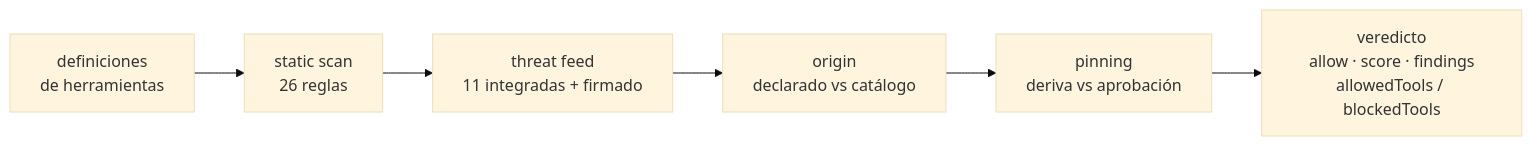
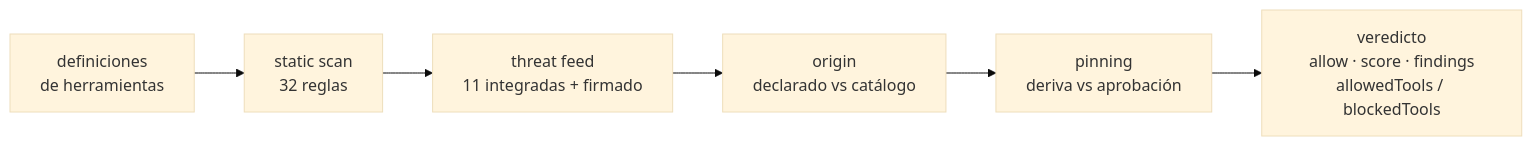
The diagram in README-es.md (alexar76/warden), drawn with Mermaid (base theme) before and after one commit. The commit also changed other lines of this file and 68 other files, not shown here.

````diff
--- a/README-es.md
+++ b/README-es.md
@@ -188,8 +196,8 @@
 ```mermaid
 flowchart LR
-  T["definiciones<br/>de herramientas"] --> S["static scan<br/>26 reglas"]
+  T["definiciones<br/>de herramientas"] --> S["static scan<br/>32 reglas"]
   S --> F["threat feed<br/>11 integradas + firmado"]
   F --> O["origin<br/>declarado vs catálogo"]
   O --> P["pinning<br/>deriva vs aprobación"]
   P --> V["veredicto<br/>allow · score · findings<br/>allowedTools / blockedTools"]
 ```
````
